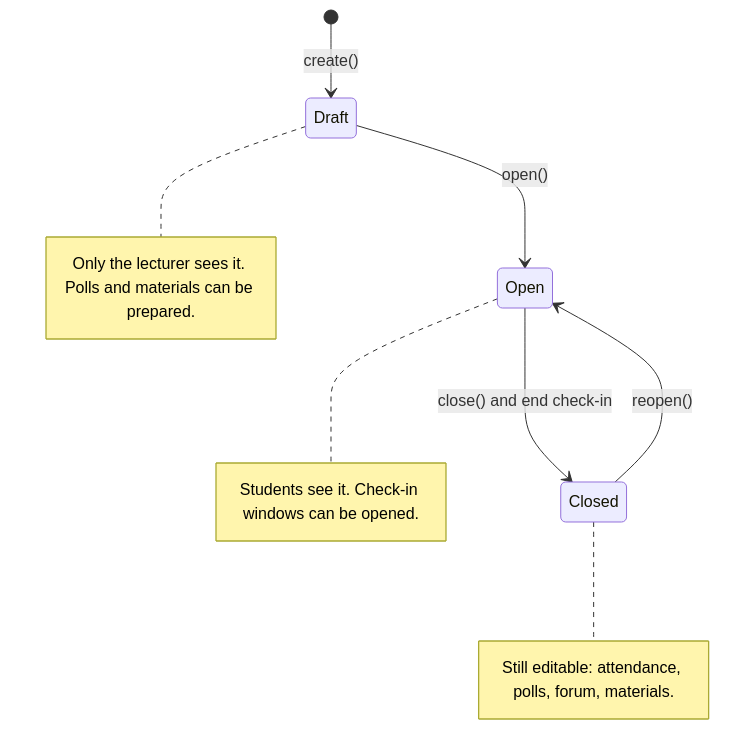
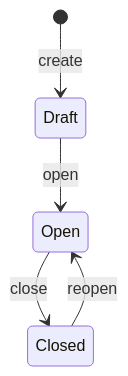
One commit to shiral2571-alt/SoftwareEngineering_Ex2 changed the fifth of 9 diagrams in docs/DIAGRAMS.md. Above: the diagram before and after it, drawn with Mermaid. The commit also changed other lines of this file and 6 other files, not shown here.

First line of the commit message:
Record the auditorium test and simplify the diagrams

````diff
--- a/docs/DIAGRAMS.md
+++ b/docs/DIAGRAMS.md
@@ -194,16 +107,7 @@
 ```mermaid
 stateDiagram-v2
-    [*] --> Draft : create()
-    Draft --> Open : open()
-    Open --> Closed : close() and end check-in
-    Closed --> Open : reopen()
-    note right of Draft
-        Only the lecturer sees it. Polls and materials can be prepared.
-    end note
-    note right of Open
-        Students see it. Check-in windows can be opened.
-    end note
-    note right of Closed
-        Still editable: attendance, polls, forum, materials.
-    end note
+    [*] --> Draft : create
+    Draft --> Open : open
+    Open --> Closed : close
+    Closed --> Open : reopen
 ```
````
